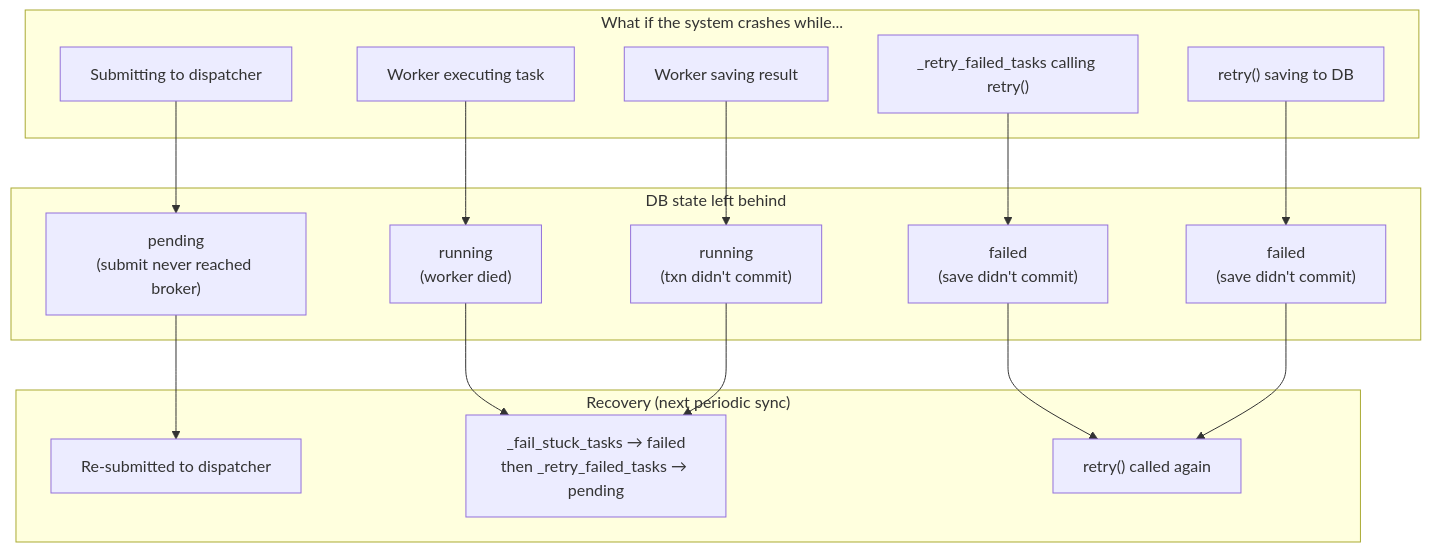
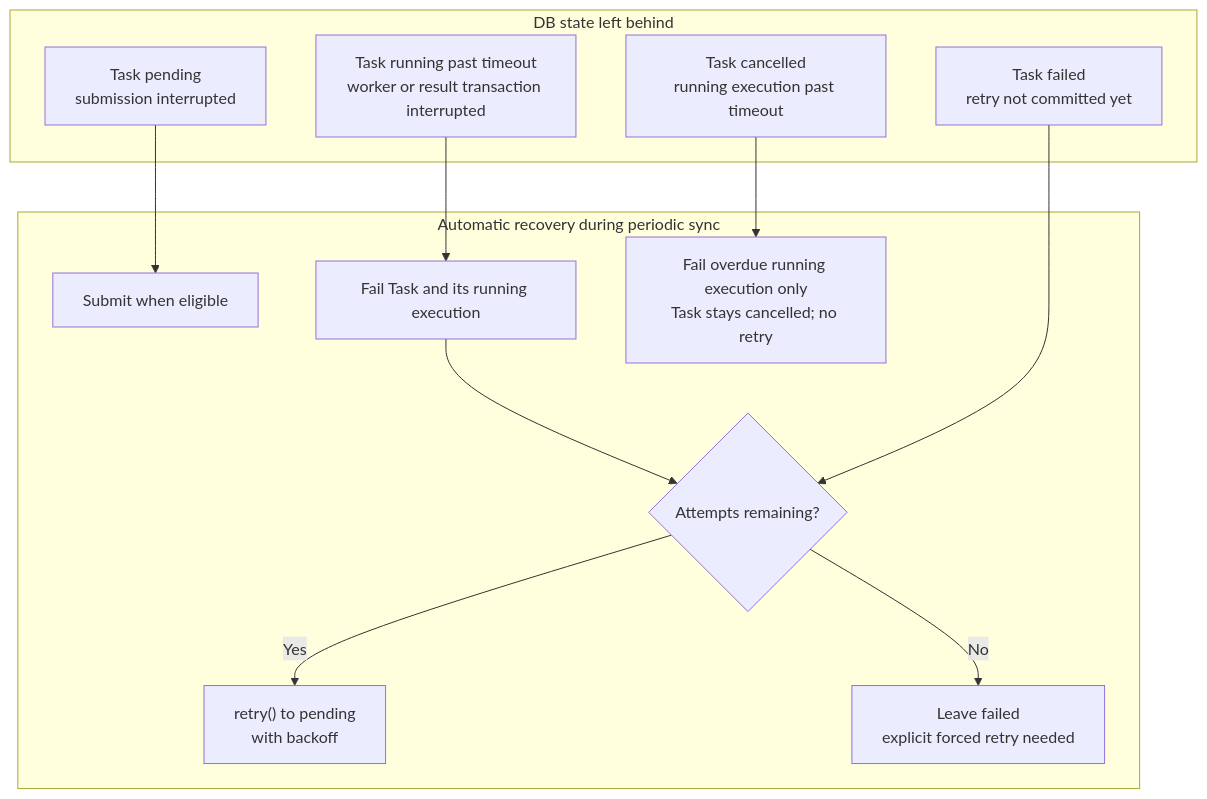
The second of 5 diagrams in docs/task-state-machine.md (ansible/metrics-service), drawn with Mermaid before and after one commit. The commit also changed other lines of this file and 1 other file, not shown here.

First line of the commit message:
clarify task lifecycle recovery diagrams

````diff
--- a/docs/task-state-machine.md
+++ b/docs/task-state-machine.md
@@ -130,30 +147,25 @@
 ```mermaid
 flowchart TD
-    subgraph "What if the system crashes while..."
-        A["Submitting to dispatcher"]
-        B["Worker executing task"]
-        C["Worker saving result"]
-        D["_retry_failed_tasks calling retry()"]
-        E["retry() saving to DB"]
+    subgraph Persisted["DB state left behind"]
+        Pending["Task pending<br/>submission interrupted"]
+        Running["Task running past timeout<br/>worker or result transaction interrupted"]
+        Failed["Task failed<br/>retry not committed yet"]
+        Cancelled["Task cancelled<br/>running execution past timeout"]
     end
 
-    subgraph "DB state left behind"
-        A1["pending<br/>(submit never reached broker)"]
-        B1["running<br/>(worker died)"]
-        C1["running<br/>(txn didn't commit)"]
-        D1["failed<br/>(save didn't commit)"]
-        E1["failed<br/>(save didn't commit)"]
+    subgraph Recovery["Automatic recovery during periodic sync"]
+        Submit["Submit when eligible"]
+        Fail["Fail Task and its running execution"]
+        Budget{"Attempts remaining?"}
+        Retry["retry() to pending<br/>with backoff"]
+        Exhausted["Leave failed<br/>explicit forced retry needed"]
+        CloseAttempt["Fail overdue running execution only<br/>Task stays cancelled; no retry"]
     end
 
-    subgraph "Recovery (next periodic sync)"
-        R1["Re-submitted to dispatcher"]
-        R2["_fail_stuck_tasks → failed<br/>then _retry_failed_tasks → pending"]
-        R3["retry() called again"]
-    end
-
-    A --> A1 --> R1
-    B --> B1 --> R2
-    C --> C1 --> R2
-    D --> D1 --> R3
-    E --> E1 --> R3
+    Pending --> Submit
+    Running --> Fail --> Budget
+    Failed --> Budget
+    Budget -->|Yes| Retry
+    Budget -->|No| Exhausted
+    Cancelled --> CloseAttempt
 ```
````
